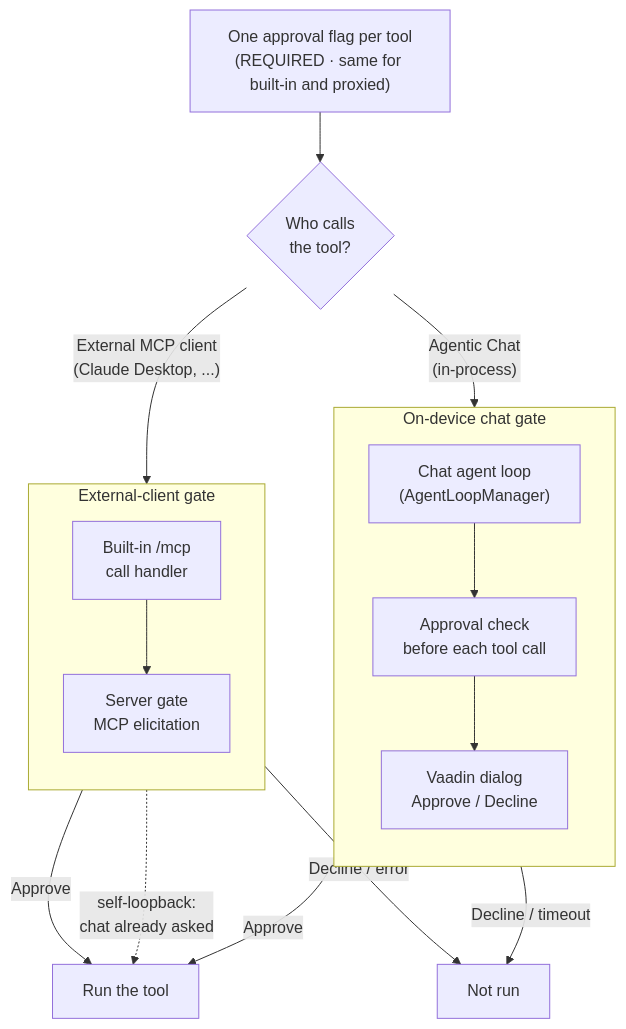
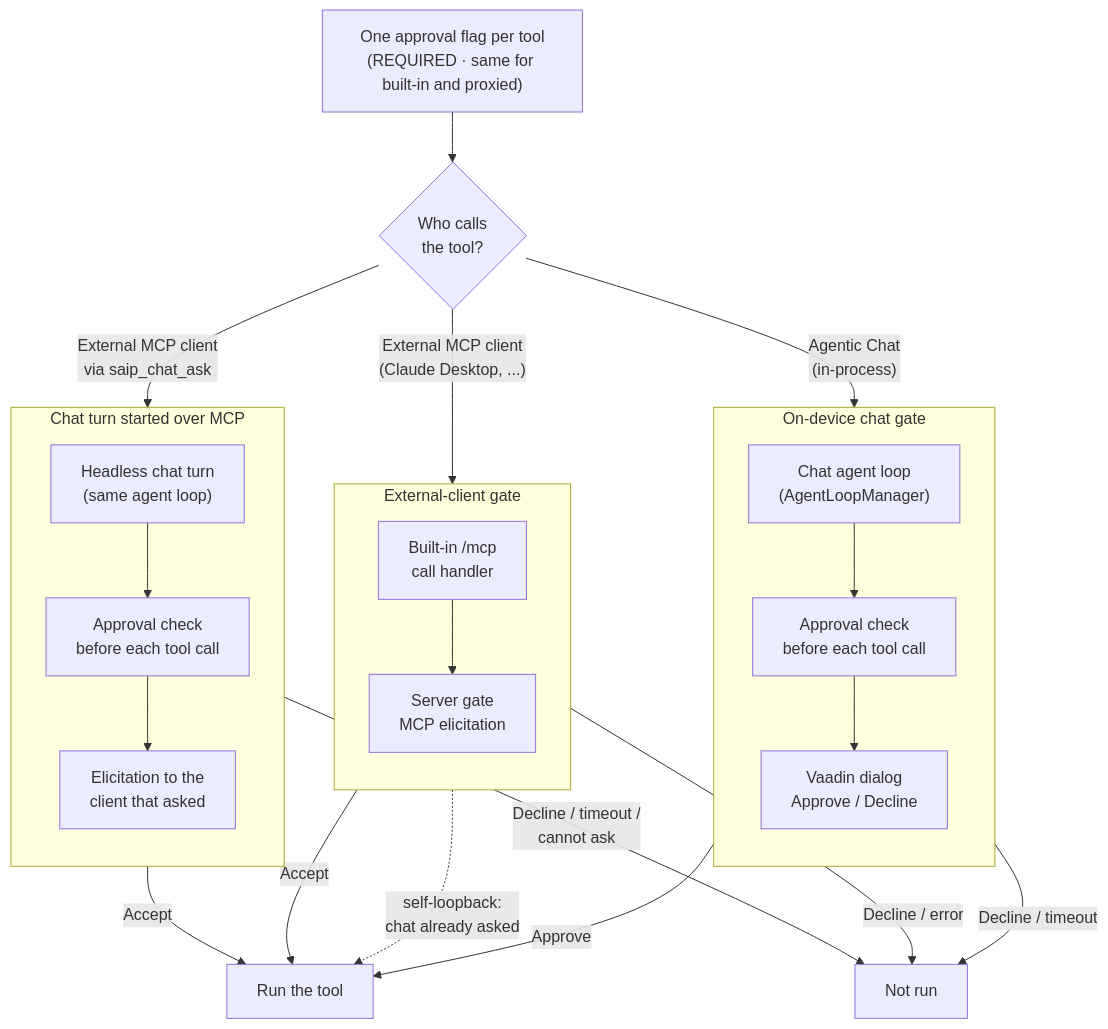
The second of 3 diagrams in docs/hitl-architecture.md (spring-ai-community/spring-ai-playground), drawn with Mermaid before and after one commit. The commit also changed other lines of this file and 78 other files, not shown here.

````diff
--- a/docs/hitl-architecture.md
+++ b/docs/hitl-architecture.md
@@ -87,29 +89,41 @@
 ```mermaid
 flowchart TB
     POLICY["One approval flag per tool<br/>(REQUIRED · same for built-in and proxied)"]
     POLICY --> CALLER{"Who calls<br/>the tool?"}
 
     CALLER -->|"Agentic Chat<br/>(in-process)"| A1
     CALLER -->|"External MCP client<br/>(Claude Desktop, ...)"| B1
 
     subgraph CHAT["On-device chat gate"]
         direction TB
         A1["Chat agent loop<br/>(AgentLoopManager)"]
         A2["Approval check<br/>before each tool call"]
         A3["Vaadin dialog<br/>Approve / Decline"]
         A1 --> A2 --> A3
     end
 
     subgraph SERVER["External-client gate"]
         direction TB
         B1["Built-in /mcp<br/>call handler"]
         B2["Server gate<br/>MCP elicitation"]
         B1 --> B2
     end
 
+    CALLER -->|"External MCP client<br/>via saip_chat_ask"| C1
+
+    subgraph MGMT["Chat turn started over MCP"]
+        direction TB
+        C1["Headless chat turn<br/>(same agent loop)"]
+        C2["Approval check<br/>before each tool call"]
+        C3["Elicitation to the<br/>client that asked"]
+        C1 --> C2 --> C3
+    end
+
     A3 -->|Approve| RUN["Run the tool"]
     A3 -->|"Decline / timeout"| STOP["Not run"]
-    B2 -->|Approve| RUN
+    B2 -->|Accept| RUN
     B2 -->|"Decline / error"| STOP
     B2 -.->|"self-loopback:<br/>chat already asked"| RUN
+    C3 -->|Accept| RUN
+    C3 -->|"Decline / timeout /<br/>cannot ask"| STOP
 ```
````
